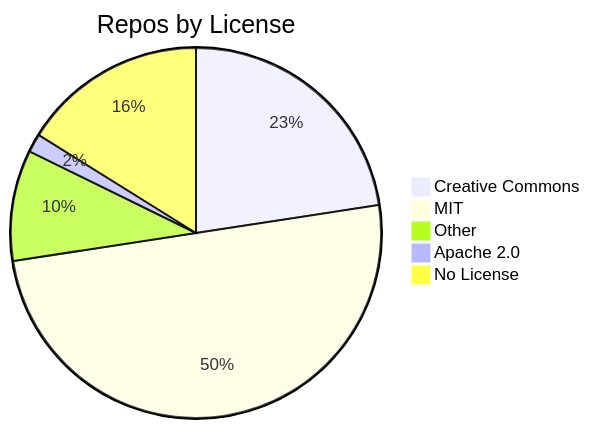
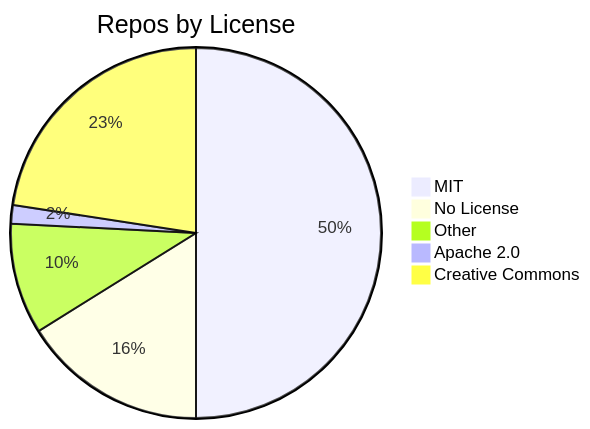
The diagram in README.md (jpatterson933/awesome-mcp-server-repo-index), drawn with Mermaid before and after one commit. The commit also changed other lines of this file and 7 other files, not shown here.

````diff
--- a/README.md
+++ b/README.md
@@ -31,8 +31,8 @@
 ```mermaid
 pie title Repos by License
-    "Creative Commons" : 14
     "MIT" : 31
+    "No License" : 10
     "Other" : 6
     "Apache 2.0" : 1
-    "No License" : 10
+    "Creative Commons" : 14
 ```
````
